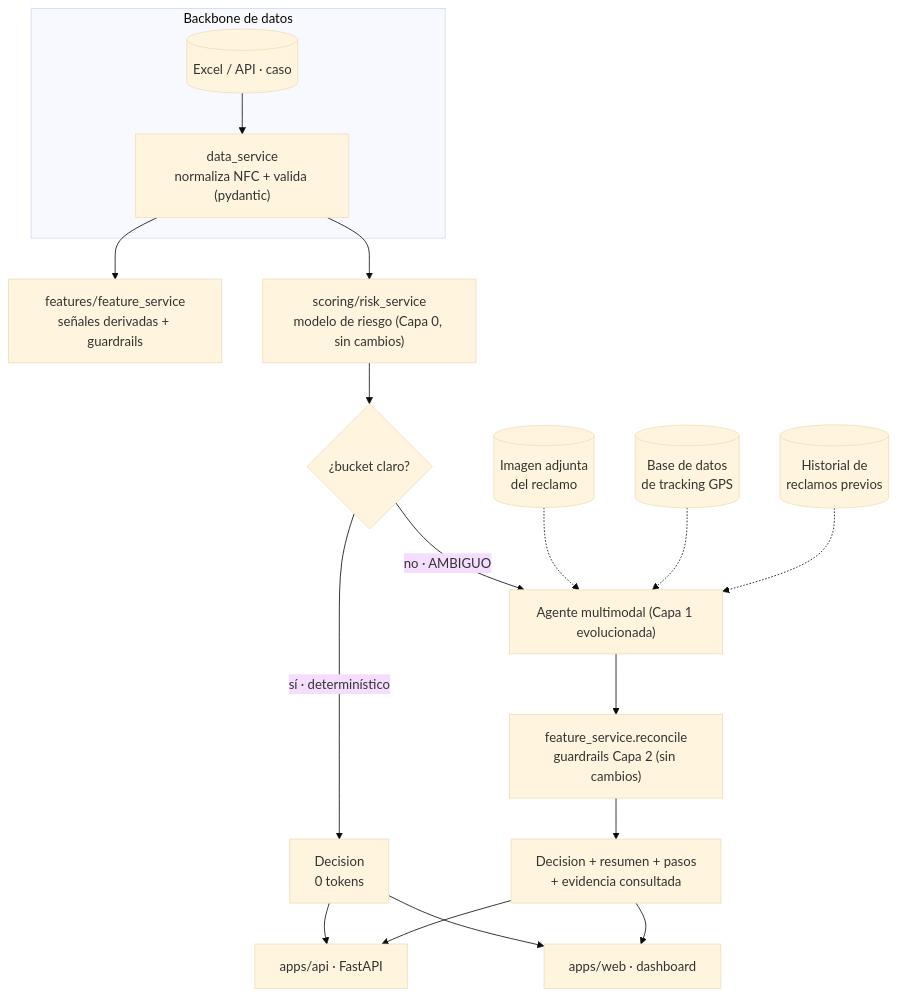
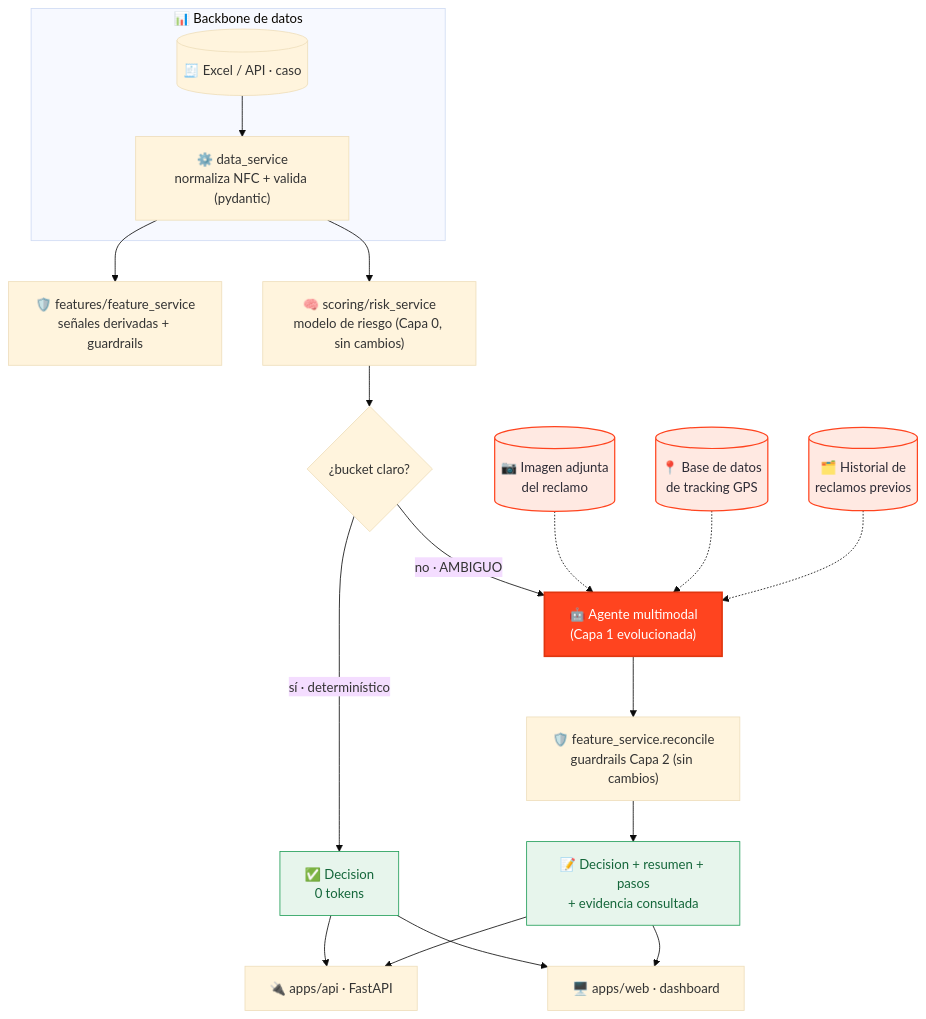
The third of 6 diagrams in docs/arquitectura.md (cataia-code/rappi-technical-challenge-case03), drawn with Mermaid (base theme) before and after one commit. The commit also changed other lines of this file and 2 other files, not shown here.

First line of the commit message:
feat: make escalation diagrams more dynamic with icons and a dedicated image-analysis flow

````diff
--- a/docs/arquitectura.md
+++ b/docs/arquitectura.md
@@ -117,20 +117,26 @@
 ```mermaid
 flowchart TB
-    subgraph Backbone["Backbone de datos"]
-        RAW[("Excel / API · caso")] --> DS["data_service<br/>normaliza NFC + valida (pydantic)"]
+    subgraph Backbone["📊 Backbone de datos"]
+        RAW[("🧾 Excel / API · caso")] --> DS["⚙️ data_service<br/>normaliza NFC + valida (pydantic)"]
     end
-    DS --> FS["features/feature_service<br/>señales derivadas + guardrails"]
-    DS --> RS["scoring/risk_service<br/>modelo de riesgo (Capa 0, sin cambios)"]
+    DS --> FS["🛡️ features/feature_service<br/>señales derivadas + guardrails"]
+    DS --> RS["🧠 scoring/risk_service<br/>modelo de riesgo (Capa 0, sin cambios)"]
     RS --> DEC{"¿bucket claro?"}
-    DEC -- "sí · determinístico" --> OUT1["Decision<br/>0 tokens"]
-    DEC -- "no · AMBIGUO" --> AGENT["Agente multimodal (Capa 1 evolucionada)"]
-    IMG[("Imagen adjunta<br/>del reclamo")] -.-> AGENT
-    GPSDB[("Base de datos<br/>de tracking GPS")] -.-> AGENT
-    HIST[("Historial de<br/>reclamos previos")] -.-> AGENT
-    AGENT --> GR["feature_service.reconcile<br/>guardrails Capa 2 (sin cambios)"]
-    GR --> OUT2["Decision + resumen + pasos<br/>+ evidencia consultada"]
-    OUT1 --> API["apps/api · FastAPI"]
+    DEC -- "sí · determinístico" --> OUT1["✅ Decision<br/>0 tokens"]
+    DEC -- "no · AMBIGUO" --> AGENT["🤖 Agente multimodal<br/>(Capa 1 evolucionada)"]
+    IMG[("📷 Imagen adjunta<br/>del reclamo")] -.-> AGENT
+    GPSDB[("📍 Base de datos<br/>de tracking GPS")] -.-> AGENT
+    HIST[("🗂️ Historial de<br/>reclamos previos")] -.-> AGENT
+    AGENT --> GR["🛡️ feature_service.reconcile<br/>guardrails Capa 2 (sin cambios)"]
+    GR --> OUT2["📝 Decision + resumen + pasos<br/>+ evidencia consultada"]
+    OUT1 --> API["🔌 apps/api · FastAPI"]
     OUT2 --> API
-    OUT1 --> WEBAPP["apps/web · dashboard"]
+    OUT1 --> WEBAPP["🖥️ apps/web · dashboard"]
     OUT2 --> WEBAPP
+    classDef agent fill:#FF441F,color:#fff,stroke:#E0360F,stroke-width:2px
+    classDef evidence fill:#FFE9E2,color:#2E2C36,stroke:#FF441F,stroke-width:1.5px
+    classDef done fill:#E7F5EC,color:#14663a,stroke:#1F9D57
+    class AGENT agent
+    class IMG,GPSDB,HIST evidence
+    class OUT1,OUT2 done
 ```
````
